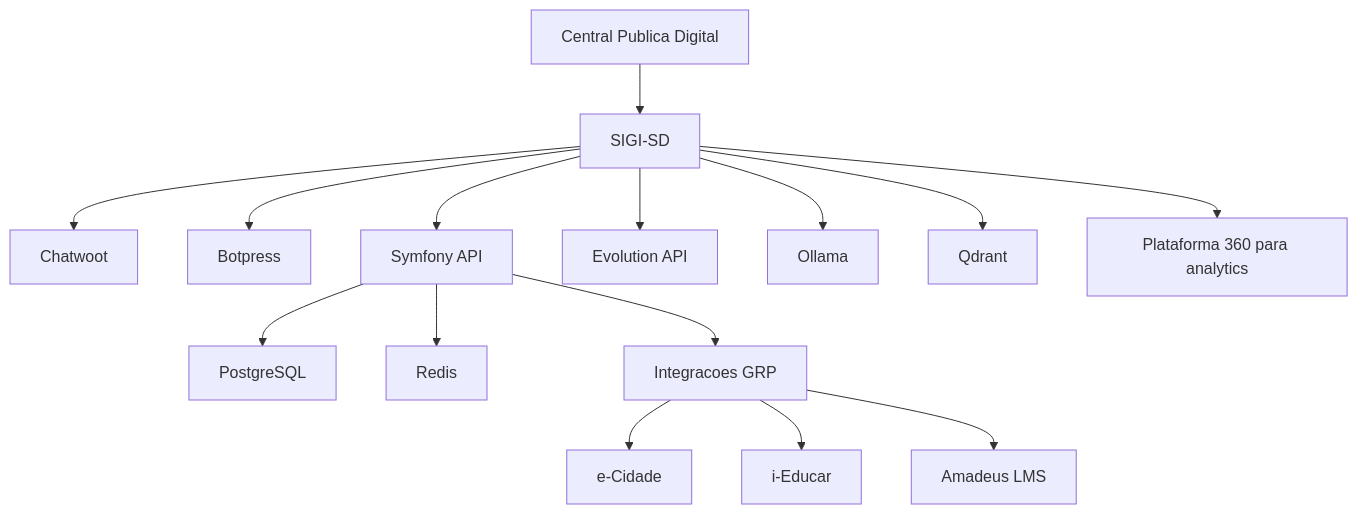
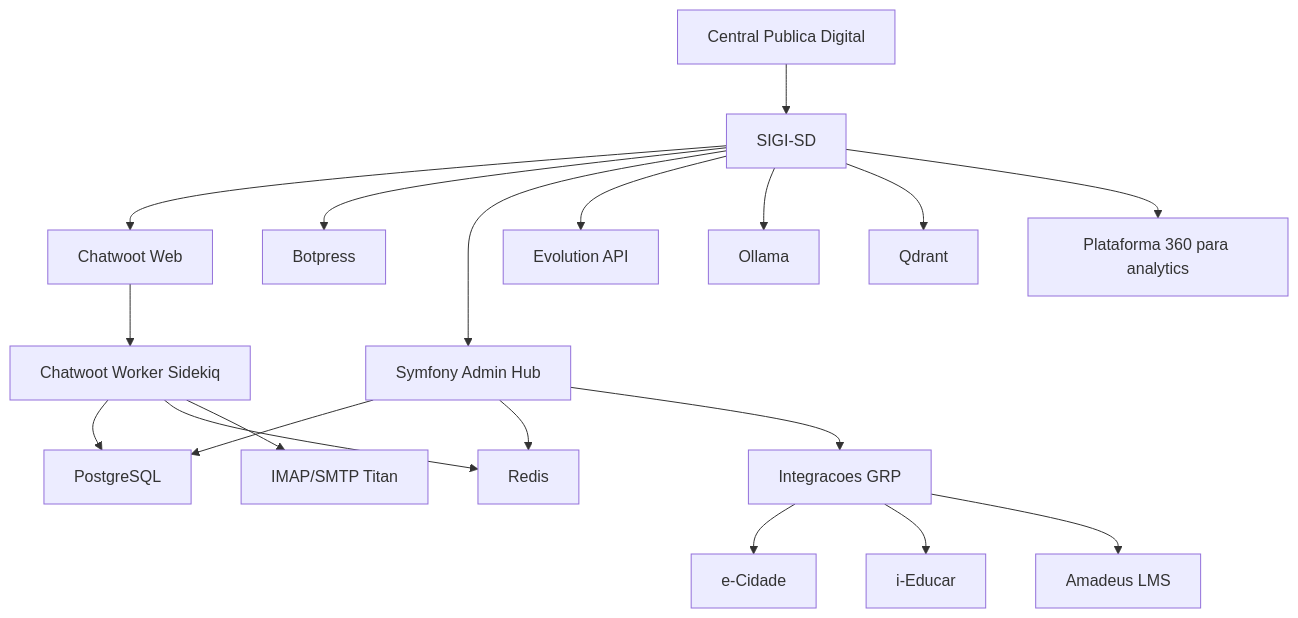
One commit to sertaodigitalorg/SIGI-SD changed the diagram in docs/arquitetura/visao-geral.md. Above: the diagram before and after it, drawn with Mermaid. The commit also changed other lines of this file and 15 other files, not shown here.

Commit message:
feat: Add pgAdmin service and update Docker configuration; enhance Makefile and documentation for Symfony Admin Hub

````diff
--- a/docs/arquitetura/visao-geral.md
+++ b/docs/arquitetura/visao-geral.md
@@ -37,17 +37,21 @@
 ```mermaid
 flowchart TD
     CPD[Central Publica Digital] --> SIGI[SIGI-SD]
-    SIGI --> CHAT[Chatwoot]
+    SIGI --> CHAT[Chatwoot Web]
+    CHAT --> CHATWORKER[Chatwoot Worker Sidekiq]
     SIGI --> BOT[Botpress]
-    SIGI --> API[Symfony API]
+    SIGI --> API[Symfony Admin Hub]
     SIGI --> EVO[Evolution API]
     SIGI --> OLLAMA[Ollama]
     SIGI --> QDRANT[Qdrant]
     API --> PG[PostgreSQL]
     API --> REDIS[Redis]
+    CHATWORKER --> PG
+    CHATWORKER --> REDIS
+    CHATWORKER --> IMAP[IMAP/SMTP Titan]
     API --> GRP[Integracoes GRP]
     GRP --> ECIDADE[e-Cidade]
     GRP --> IEDUCAR[i-Educar]
     GRP --> AMADEUS[Amadeus LMS]
     SIGI --> P360[Plataforma 360 para analytics]
 ```
````
